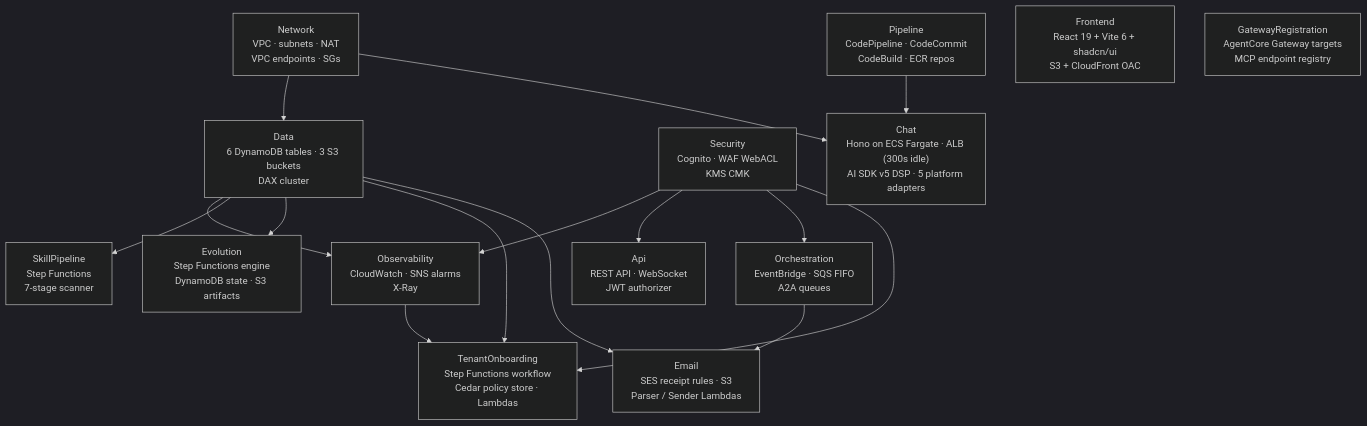
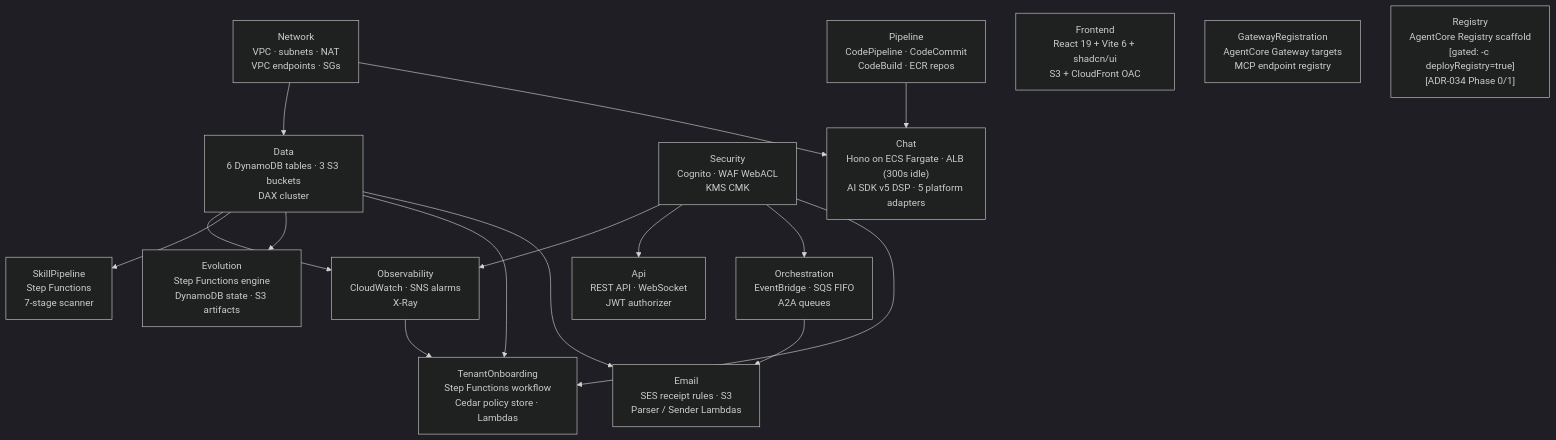
Before and after one commit to Codeseys-Labs/chimera: the first of 10 diagrams in docs/architecture/system-architecture.md, drawn with Mermaid (dark theme). The commit also changed other lines of this file and 46 other files, not shown here.

````diff
--- a/docs/architecture/system-architecture.md
+++ b/docs/architecture/system-architecture.md
@@ -19,32 +21,33 @@
 ```mermaid
 flowchart TD
     NET["Network<br/>VPC · subnets · NAT<br/>VPC endpoints · SGs"]
     DATA["Data<br/>6 DynamoDB tables · 3 S3 buckets<br/>DAX cluster"]
     SEC["Security<br/>Cognito · WAF WebACL<br/>KMS CMK"]
     OBS["Observability<br/>CloudWatch · SNS alarms<br/>X-Ray"]
     API["Api<br/>REST API · WebSocket<br/>JWT authorizer"]
     PIPE["Pipeline<br/>CodePipeline · CodeCommit<br/>CodeBuild · ECR repos"]
     SKILL["SkillPipeline<br/>Step Functions<br/>7-stage scanner"]
     CHAT["Chat<br/>Hono on ECS Fargate · ALB (300s idle)<br/>AI SDK v5 DSP · 5 platform adapters"]
     ORCH["Orchestration<br/>EventBridge · SQS FIFO<br/>A2A queues"]
     EVO["Evolution<br/>Step Functions engine<br/>DynamoDB state · S3 artifacts"]
     TENANT["TenantOnboarding<br/>Step Functions workflow<br/>Cedar policy store · Lambdas"]
     EMAIL["Email<br/>SES receipt rules · S3<br/>Parser / Sender Lambdas"]
     FRONT["Frontend<br/>React 19 + Vite 6 + shadcn/ui<br/>S3 + CloudFront OAC"]
     GW["GatewayRegistration<br/>AgentCore Gateway targets<br/>MCP endpoint registry"]
+    REG["Registry<br/>AgentCore Registry scaffold<br/>[gated: -c deployRegistry=true]<br/>[ADR-034 Phase 0/1]"]
 
     NET --> DATA
     NET --> CHAT
     DATA --> OBS
     DATA --> SKILL
     DATA --> EVO
     DATA --> TENANT
     DATA --> EMAIL
     SEC --> OBS
     SEC --> API
     SEC --> ORCH
     SEC --> TENANT
     PIPE --> CHAT
     OBS --> TENANT
     ORCH --> EMAIL
 ```
````
